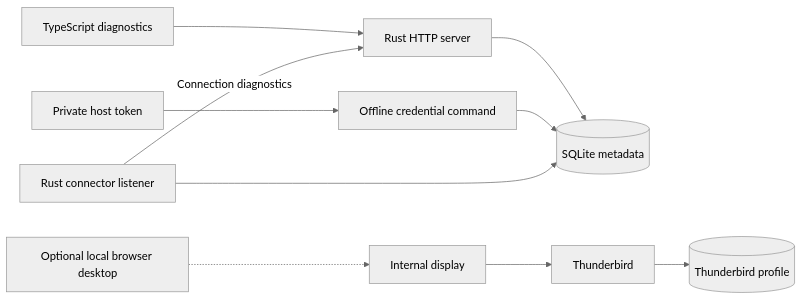
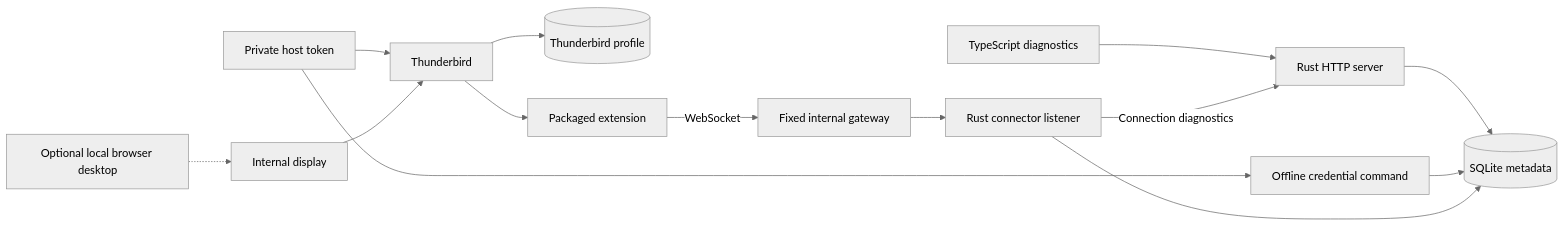
Before and after one commit to woswos/raicho: the diagram in docs/reference/architecture.md, drawn with Mermaid (neutral theme). The commit also changed other lines of this file and 83 other files, not shown here.

First line of the commit message:
feat: connect Thunderbird through the extension

````diff
--- a/docs/reference/architecture.md
+++ b/docs/reference/architecture.md
@@ -54,12 +61,16 @@
 ```mermaid
 flowchart LR
     Browser[TypeScript diagnostics] --> Server[Rust HTTP server]
     Server --> State[(SQLite metadata)]
     Provisioner[Offline credential command] --> State
     Token[Private host token] --> Provisioner
+    Token --> Thunderbird
     Admin[Optional local browser desktop] -.-> Display[Internal display]
     Display --> Thunderbird[Thunderbird]
     Thunderbird --> Profile[(Thunderbird profile)]
-    Listener[Rust connector listener] --> State
+    Thunderbird --> Extension[Packaged extension]
+    Extension -->|WebSocket| Gateway[Fixed internal gateway]
+    Gateway --> Listener[Rust connector listener]
+    Listener --> State
     Listener -->|Connection diagnostics| Server
 ```
````
